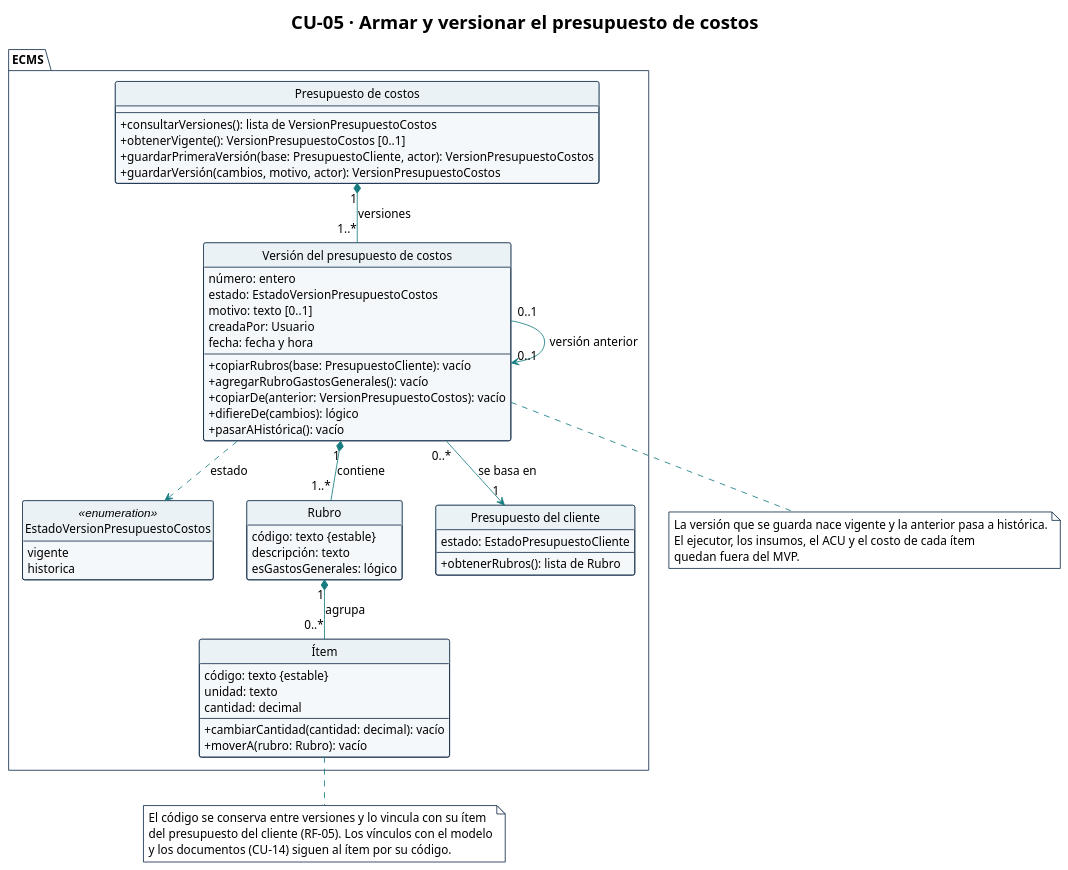
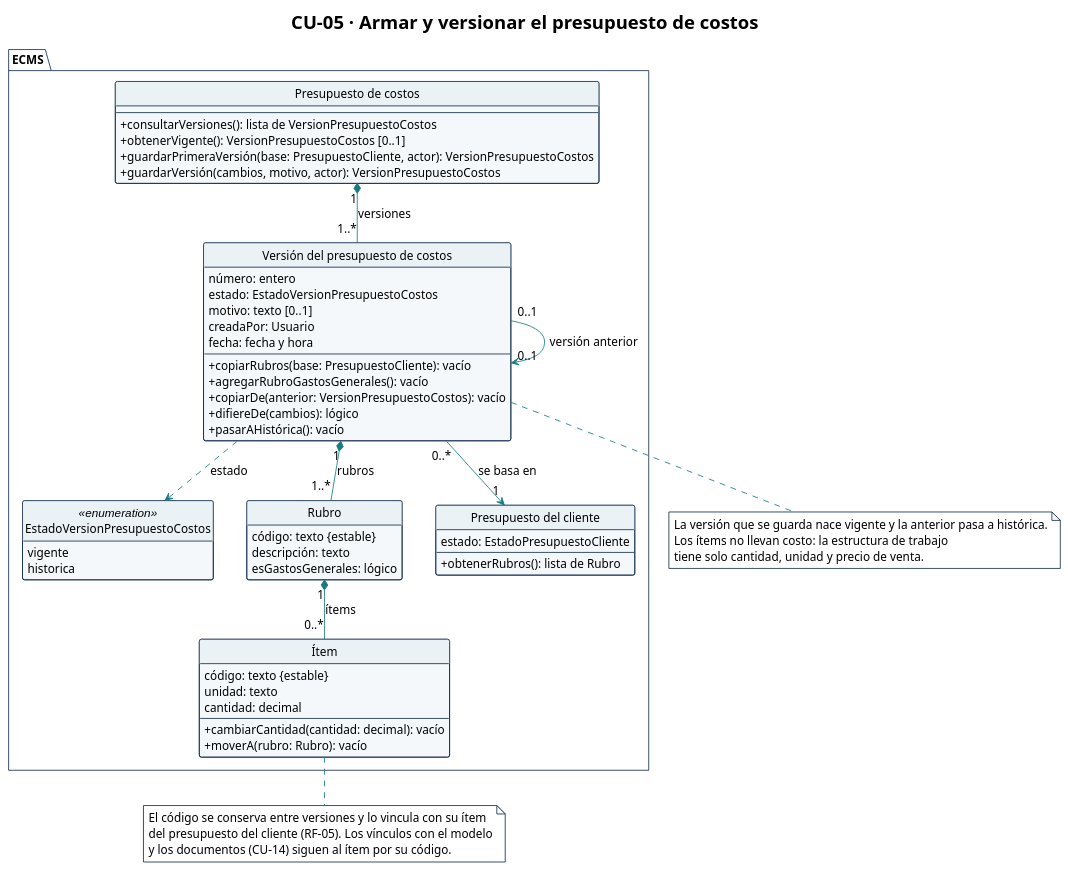
The diagram in diagramas/CU-05-clases.puml (Ssrrb/tpf-uca), drawn with PlantUML before and after one commit. The commit also changed 26 other files, not shown here.

First line of the commit message:
Consistencia de nombres entre los 16 CU y notas ajustadas al MVP

```diff
--- a/diagramas/CU-05-clases.puml
+++ b/diagramas/CU-05-clases.puml
@@ -1,98 +1,98 @@
 @startuml
 !theme plain
 skinparam style strictuml
 title CU-05 · Armar y versionar el presupuesto de costos
 hide circle
 hide empty methods
 hide empty fields
 skinparam shadowing false
 skinparam classAttributeIconSize 0
 skinparam defaultFontName Arial
 skinparam defaultFontSize 14
 skinparam nodesep 40
 skinparam ranksep 50
 skinparam ArrowColor #167C80
 skinparam class {
   BackgroundColor #F5F8FA
   BorderColor #17324D
   HeaderBackgroundColor #EAF2F6
 }
 skinparam package {
   BackgroundColor #FFFFFF
   BorderColor #17324D
 }
 skinparam note {
   BackgroundColor #FFFFFF
   BorderColor #17324D
 }
 package "ECMS" {
   class "Presupuesto de costos" as PresupuestoCostos {
     --
     + consultarVersiones(): lista de VersionPresupuestoCostos
     + obtenerVigente(): VersionPresupuestoCostos [0..1]
     + guardarPrimeraVersión(base: PresupuestoCliente, actor): VersionPresupuestoCostos
     + guardarVersión(cambios, motivo, actor): VersionPresupuestoCostos
   }
 
   enum EstadoVersionPresupuestoCostos <<enumeration>> {
     vigente
     historica
   }
 
   class "Versión del presupuesto de costos" as VersionPresupuestoCostos {
     número: entero
     estado: EstadoVersionPresupuestoCostos
     motivo: texto [0..1]
     creadaPor: Usuario
     fecha: fecha y hora
     --
     + copiarRubros(base: PresupuestoCliente): vacío
     + agregarRubroGastosGenerales(): vacío
     + copiarDe(anterior: VersionPresupuestoCostos): vacío
     + difiereDe(cambios): lógico
     + pasarAHistórica(): vacío
   }
 
   class Rubro {
     código: texto {estable}
     descripción: texto
     esGastosGenerales: lógico
   }
 
   class "Ítem" as Item {
     código: texto {estable}
     unidad: texto
     cantidad: decimal
     --
     + cambiarCantidad(cantidad: decimal): vacío
     + moverA(rubro: Rubro): vacío
   }
 
   class "Presupuesto del cliente" as PresupuestoCliente {
     estado: EstadoPresupuestoCliente
     --
     + obtenerRubros(): lista de Rubro
   }
 }
 
 PresupuestoCostos "1" *-- "1..*" VersionPresupuestoCostos : versiones
 VersionPresupuestoCostos "0..*" --> "1" PresupuestoCliente : se basa en
 VersionPresupuestoCostos "0..1" --> "0..1" VersionPresupuestoCostos : versión anterior
-VersionPresupuestoCostos "1" *-- "1..*" Rubro : contiene
-Rubro "1" *-- "0..*" Item : agrupa
+VersionPresupuestoCostos "1" *-- "1..*" Rubro : rubros
+Rubro "1" *-- "0..*" Item : ítems
 
 VersionPresupuestoCostos ..> EstadoVersionPresupuestoCostos : estado
 
 note bottom of Item
   El código se conserva entre versiones y lo vincula con su ítem
   del presupuesto del cliente (RF-05). Los vínculos con el modelo
   y los documentos (CU-14) siguen al ítem por su código.
 end note
 
 note bottom of VersionPresupuestoCostos
   La versión que se guarda nace vigente y la anterior pasa a histórica.
-  El ejecutor, los insumos, el ACU y el costo de cada ítem
-  quedan fuera del MVP.
+  Los ítems no llevan costo: la estructura de trabajo
+  tiene solo cantidad, unidad y precio de venta.
 end note
 
 @enduml
```
